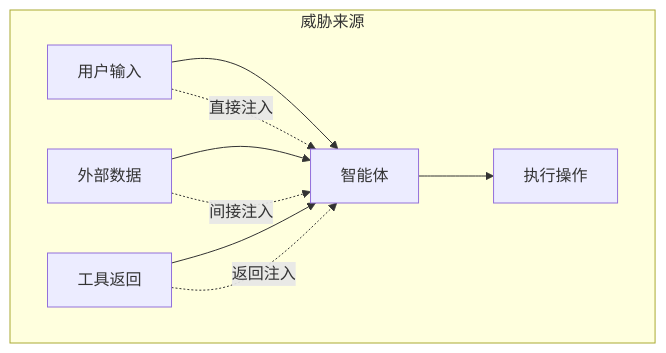
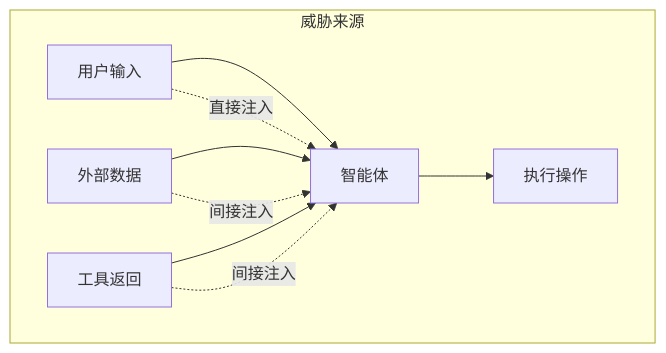
One commit to yeasy/ai_security_guide changed the diagram in 11_agent_foundations/11.2_threat_model.md. Above: the diagram before and after it, drawn with Mermaid. The commit also changed 57 other files, not shown here.

````diff
--- a/11_agent_foundations/11.2_threat_model.md
+++ b/11_agent_foundations/11.2_threat_model.md
@@ -6,14 +6,14 @@
 ```mermaid
 graph TB
     subgraph "威胁来源"
     A["用户输入"] --> D["智能体"]
     B["外部数据"] --> D
     C["工具返回"] --> D
 
     D --> E["执行操作"]
     end
 
     A -.-> |直接注入| D
     B -.-> |间接注入| D
-    C -.-> |返回注入| D
+    C -.-> |间接注入| D
 ```
````
